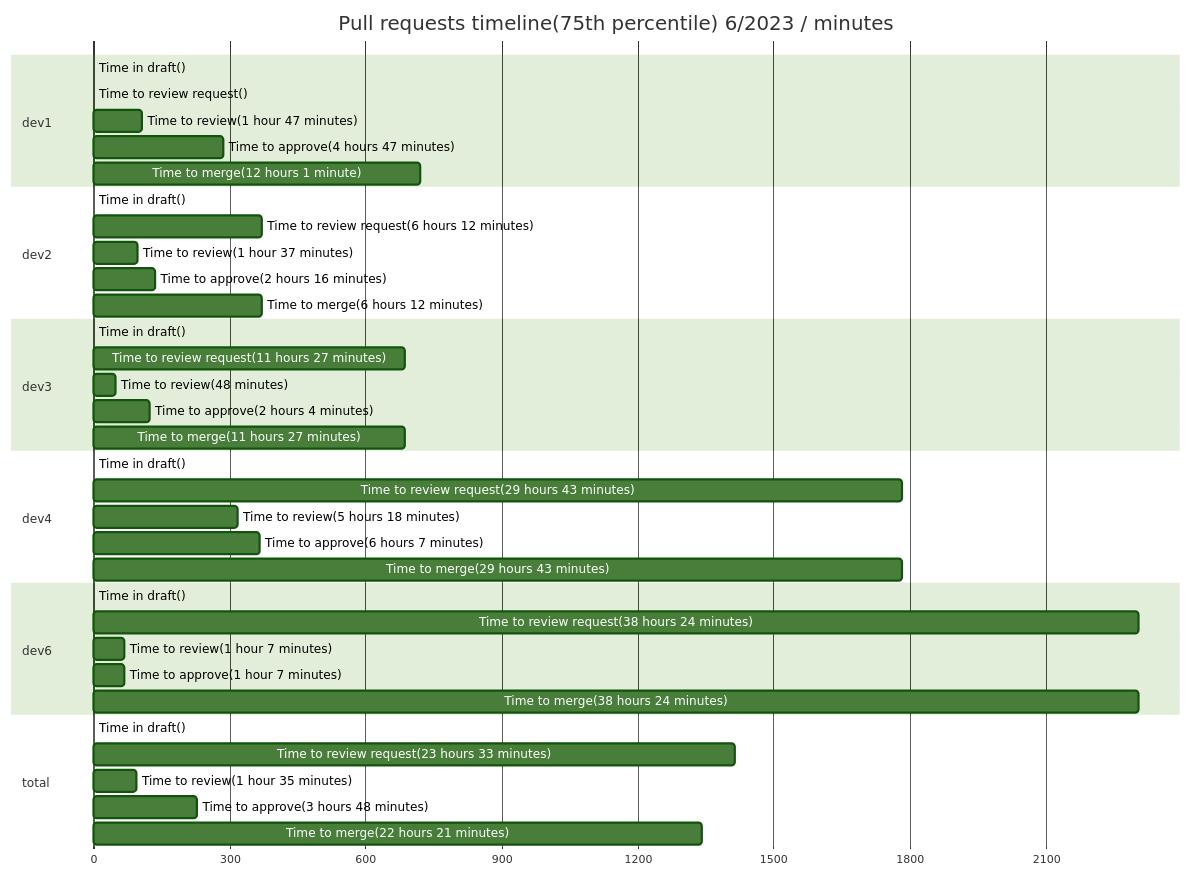
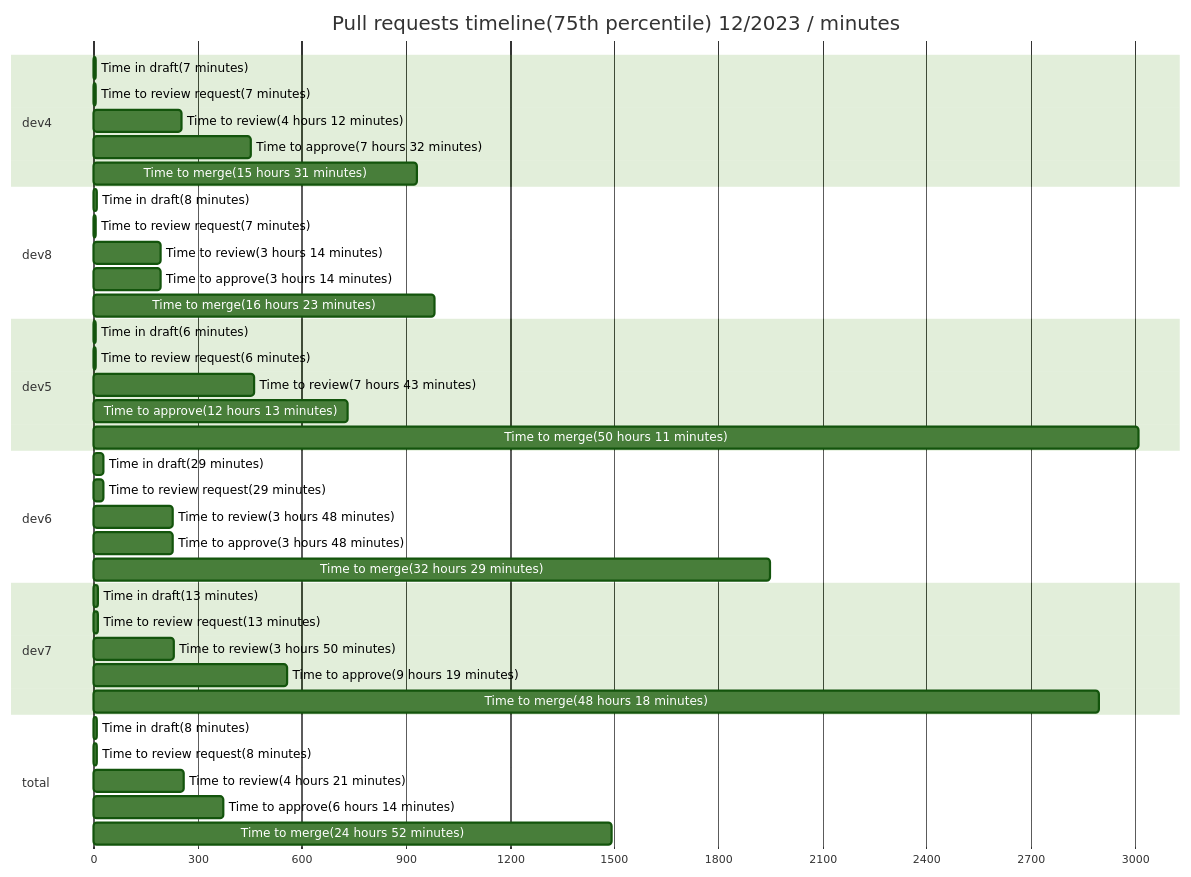
One commit to AlexSim93/pull-request-analytics-action changed the first of 44 diagrams in examples/periodReport.md. Above: the diagram before and after it, drawn with Mermaid (forest theme). The commit also changed other lines of this file and 8 other files, not shown here.

Commit message:
Fix: Fixed review requests and time in draft

````diff
--- a/examples/periodReport.md
+++ b/examples/periodReport.md
@@ -149,48 +41,48 @@
 ```mermaid
 gantt
-title Pull requests timeline(75th percentile) 6/2023 / minutes
+title Pull requests timeline(75th percentile) 12/2023 / minutes
 dateFormat X
 axisFormat %s
-section dev1
-                Time in draft() :  0, 0
-Time to review request() :  0, 0
-Time to review(1 hour 47 minutes) :  0, 107
-Time to approve(4 hours 47 minutes) :  0, 287
-Time to merge(12 hours 1 minute) :  0, 721
+section dev4
+                Time in draft(7 minutes) :  0, 7
+Time to review request(7 minutes) :  0, 7
+Time to review(4 hours 12 minutes) :  0, 252
+Time to approve(7 hours 32 minutes) :  0, 452
+Time to merge(15 hours 31 minutes) :  0, 931
 
-section dev2
-                Time in draft() :  0, 0
-Time to review request(6 hours 12 minutes) :  0, 372
-Time to review(1 hour 37 minutes) :  0, 97
-Time to approve(2 hours 16 minutes) :  0, 136
-Time to merge(6 hours 12 minutes) :  0, 372
+section dev8
+                Time in draft(8 minutes) :  0, 8
+Time to review request(7 minutes) :  0, 7
+Time to review(3 hours 14 minutes) :  0, 194
+Time to approve(3 hours 14 minutes) :  0, 194
+Time to merge(16 hours 23 minutes) :  0, 983
 
-section dev3
-                Time in draft() :  0, 0
-Time to review request(11 hours 27 minutes) :  0, 687
-Time to review(48 minutes) :  0, 48
-Time to approve(2 hours 4 minutes) :  0, 124
-Time to merge(11 hours 27 minutes) :  0, 687
-
-section dev4
-                Time in draft() :  0, 0
-Time to review request(29 hours 43 minutes) :  0, 1783
-Time to review(5 hours 18 minutes) :  0, 318
-Time to approve(6 hours 7 minutes) :  0, 367
-Time to merge(29 hours 43 minutes) :  0, 1783
+section dev5
+                Time in draft(6 minutes) :  0, 6
+Time to review request(6 minutes) :  0, 6
+Time to review(7 hours 43 minutes) :  0, 463
+Time to approve(12 hours 13 minutes) :  0, 733
+Time to merge(50 hours 11 minutes) :  0, 3011
 
 section dev6
-                Time in draft() :  0, 0
-Time to review request(38 hours 24 minutes) :  0, 2304
-Time to review(1 hour 7 minutes) :  0, 67
-Time to approve(1 hour 7 minutes) :  0, 67
-Time to merge(38 hours 24 minutes) :  0, 2304
+                Time in draft(29 minutes) :  0, 29
+Time to review request(29 minutes) :  0, 29
+Time to review(3 hours 48 minutes) :  0, 228
+Time to approve(3 hours 48 minutes) :  0, 228
+Time to merge(32 hours 29 minutes) :  0, 1949
+
+section dev7
+                Time in draft(13 minutes) :  0, 13
+Time to review request(13 minutes) :  0, 13
+Time to review(3 hours 50 minutes) :  0, 230
+Time to approve(9 hours 19 minutes) :  0, 559
+Time to merge(48 hours 18 minutes) :  0, 2898
 
 section total
-                Time in draft() :  0, 0
-Time to review request(23 hours 33 minutes) :  0, 1413
-Time to review(1 hour 35 minutes) :  0, 95
-Time to approve(3 hours 48 minutes) :  0, 228
-Time to merge(22 hours 21 minutes) :  0, 1341
+                Time in draft(8 minutes) :  0, 8
+Time to review request(8 minutes) :  0, 8
+Time to review(4 hours 21 minutes) :  0, 261
+Time to approve(6 hours 14 minutes) :  0, 374
+Time to merge(24 hours 52 minutes) :  0, 1492
 
 ```
````
